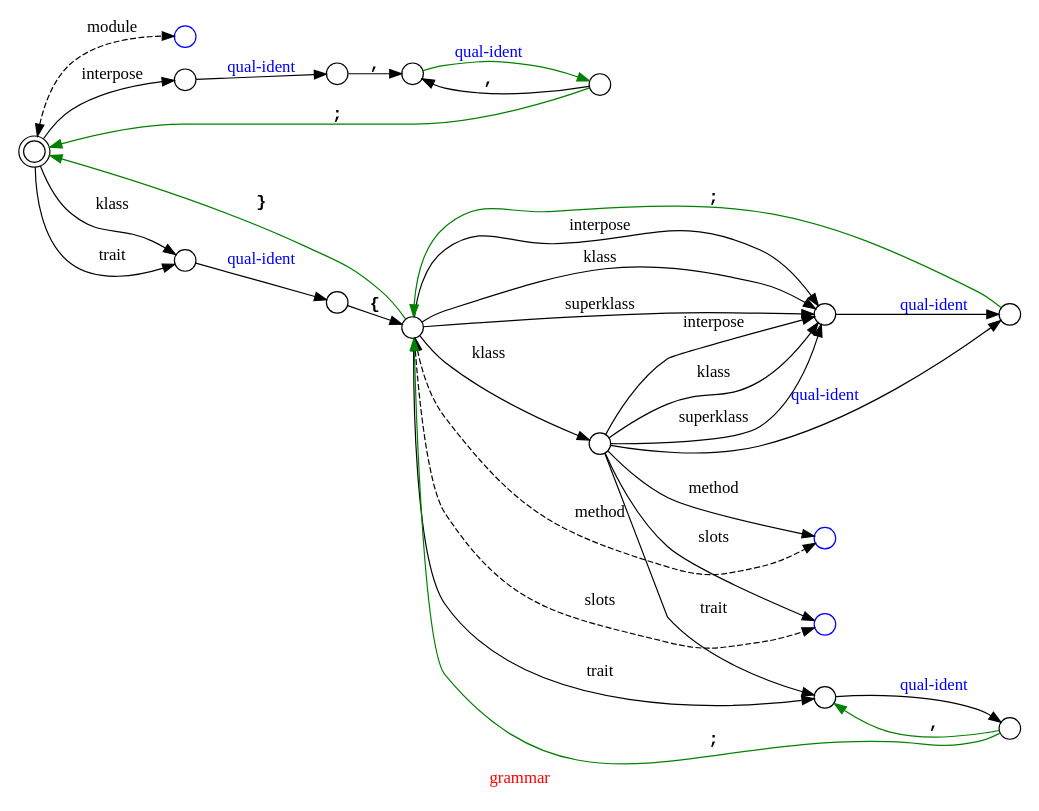
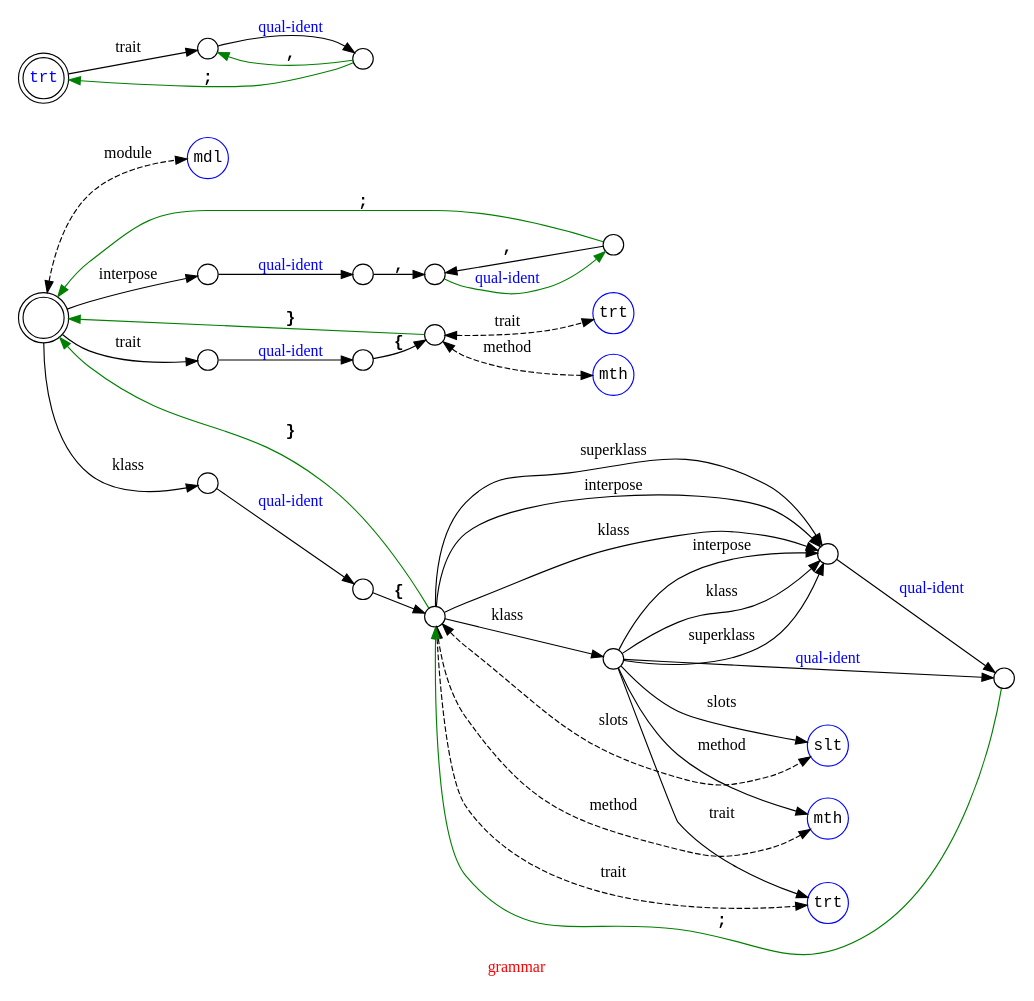
The diagram in doc/grammar.dot (Ayyzee/dakota), drawn with Graphviz before and after one commit.

Commit message:
More rework of doc/grammar.dot.

```diff
--- a/doc/grammar.dot
+++ b/doc/grammar.dot
@@ -1,62 +1,77 @@
 // Copyright (C) 2007, 2008, 2009 Robert Nielsen <robert@dakota.org>
 //
 // Licensed under the Apache License, Version 2.0 (the "License");
 // you may not use this file except in compliance with the License.
 // You may obtain a copy of the License at
 //
 //      http://www.apache.org/licenses/LICENSE-2.0
 //
 // Unless required by applicable law or agreed to in writing, software
 // distributed under the License is distributed on an "AS IS" BASIS,
 // WITHOUT WARRANTIES OR CONDITIONS OF ANY KIND, either express or implied.
 // See the License for the specific language governing permissions and
 // limitations under the License.
 
 digraph "grammar"
 {
   graph [ label = "\G", fontcolor = red ];
   graph [ rankdir = LR, center = true ];
 
   // comment out the follow two lines when editing
   graph [ page = "8.5,11", size = "7.5,10", margin = 0.125 ];
   node [ label = "", width = 0.25 ];
 
   node [ shape = circle, fontname = "Courier" ];
 
-  000 [ shape = doublecircle, fontcolor = blue ];
-  100 [ color = blue ];
-  178 [ color = blue ];
-  174 [ color = blue ];
+  000 [ shape = doublecircle, fontcolor = blue, fixedsize = true, width = 0.5 ];
+  100 [ color = blue, fixedsize = true, width = 0.5, label = "mdl" ];
+  125 [ color = blue, fixedsize = true, width = 0.5, label = "trt" ];
+  126 [ color = blue, fixedsize = true, width = 0.5, label = "mth" ];
+  178 [ color = blue, fixedsize = true, width = 0.5, label = "slt" ];
+  174 [ color = blue, fixedsize = true, width = 0.5, label = "mth" ];
+  270 [ color = blue, fixedsize = true, width = 0.5, label = "trt" ];
+
+  324 [ shape = doublecircle, fontcolor = blue, fixedsize = true, width = 0.5, label = "trt" ];
+  324 -> 325 [ label = "trait" ];
+  325 -> 327 [ label = "qual-ident", fontcolor = blue ];
+  327 -> 325 [ label = ",", fontname = "Courier-Bold", color = green ];
+  327 -> 324 [ label = ";", fontname = "Courier-Bold", color = green ];
 
   000 -> 100 [ label = "module", dir = both, style = dashed ];
   000 -> 133 [ label = "interpose" ];
   000 -> 150 [ label = "klass" ];
-  000 -> 150 [ label = "trait" ];
+  000 -> 120 [ label = "trait" ];
+  120 -> 122 [ label = "qual-ident", fontcolor = blue ];
+  122 -> 124 [ label = "{", fontname = "Courier-Bold" ];
+  124 -> 126 [ label = "method", dir = both, style = dashed ];
+  124 -> 125 [ label = "trait", dir = both, style = dashed ];
+  124 -> 000 [ label = "}", fontname = "Courier-Bold", color = green ];
+
   133 -> 137 [ label = "qual-ident", fontcolor = blue ];
   137 -> 138 [ label = ",", fontname = "Courier-Bold" ];
   138 -> 140 [ label = "qual-ident", fontcolor = blue, color = green ];
   140 -> 000 [ label = ";", fontname = "Courier-Bold", color = green ];
   140 -> 138 [ label = ",", fontname = "Courier-Bold" ];
   150 -> 155 [ label = "qual-ident", fontcolor = blue ];
   155 -> 160 [ label = "{", fontname = "Courier-Bold" ];
   160 -> 000 [ label = "}", fontname = "Courier-Bold", color = green ];
   160 -> 178 [ label = "slots", dir = both, style = dashed ];
   160 -> 174 [ label = "method", dir = both, style = dashed ];
   160 -> 170 [ label = "interpose" ];
   160 -> 170 [ label = "klass" ];
   160 -> 170 [ label = "superklass" ];
   160 -> 165 [ label = "klass" ];
-  160 -> 270 [ label = "trait" ];
+  160 -> 270 [ label = "trait", dir = both, style = dashed ];
   170 -> 180 [ label = "qual-ident", fontcolor = blue ];
   165 -> 178 [ label = "slots" ];
   165 -> 174 [ label = "method" ];
   165 -> 170 [ label = "interpose" ];
   165 -> 170 [ label = "klass" ];
   165 -> 170 [ label = "superklass" ];
   165 -> 180 [ label = "qual-ident", fontcolor = blue ];
   165 -> 270 [ label = "trait" ];
   180 -> 160 [ label = ";", fontname = "Courier-Bold", color = green ];
-  270 -> 280 [ label = "qual-ident", fontcolor = blue ];
-  280 -> 160 [ label = ";", fontname = "Courier-Bold", color = green ];
-  280 -> 270 [ label = ",", fontname = "Courier-Bold", color = green ];
+  // 270 -> 280 [ label = "qual-ident", fontcolor = blue ];
+  // 280 -> 160 [ label = ";", fontname = "Courier-Bold", color = green ];
+  // 280 -> 270 [ label = ",", fontname = "Courier-Bold", color = green ];
 }
```
